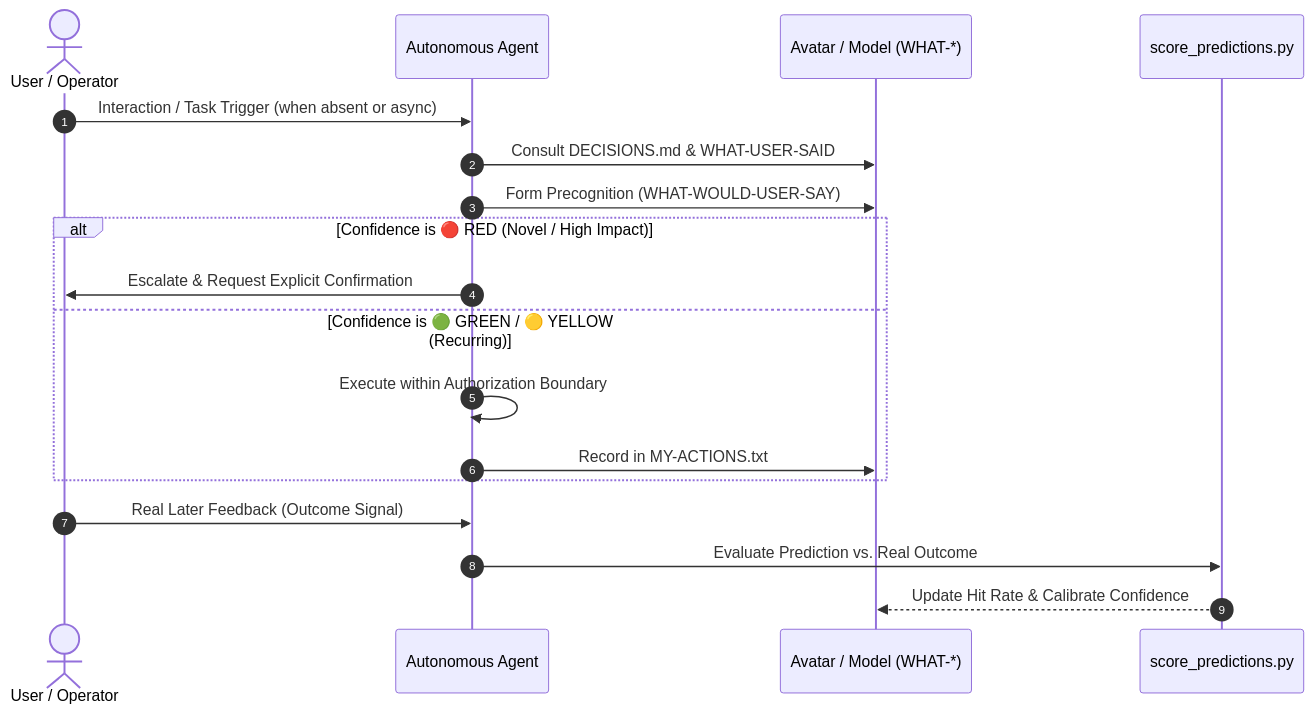
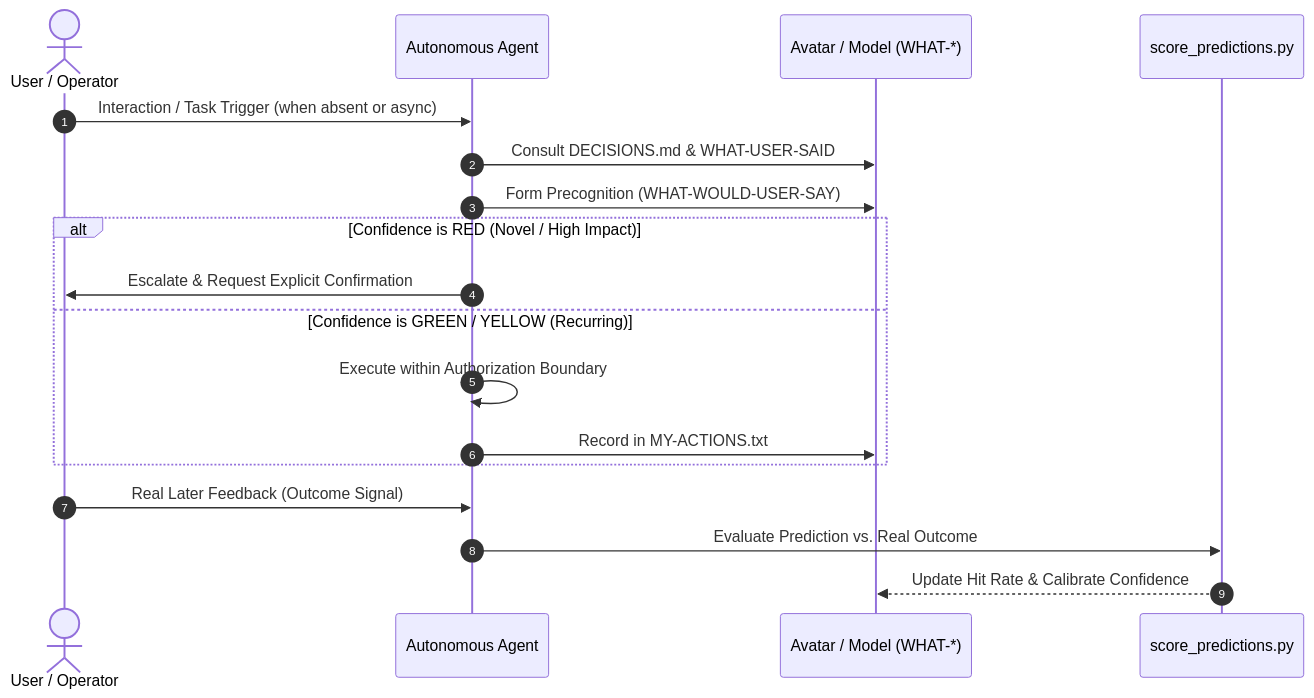
The second of 2 diagrams in README.md (ellmos-ai/build-your-users-mind), drawn with Mermaid before and after one commit. The commit also changed other lines of this file and 10 other files, not shown here.

````diff
--- a/README.md
+++ b/README.md
@@ -89,21 +213,21 @@
 ```mermaid
 sequenceDiagram
     autonumber
     actor User as User / Operator
     participant Agent as Autonomous Agent
     participant Memory as Avatar / Model (WHAT-*)
     participant Scorer as score_predictions.py
 
     User->>Agent: Interaction / Task Trigger (when absent or async)
     Agent->>Memory: Consult DECISIONS.md & WHAT-USER-SAID
     Agent->>Memory: Form Precognition (WHAT-WOULD-USER-SAY)
-    alt Confidence is 🔴 RED (Novel / High Impact)
+    alt Confidence is RED (Novel / High Impact)
         Agent->>User: Escalate & Request Explicit Confirmation
-    else Confidence is 🟢 GREEN / 🟡 YELLOW (Recurring)
+    else Confidence is GREEN / YELLOW (Recurring)
         Agent->>Agent: Execute within Authorization Boundary
         Agent->>Memory: Record in MY-ACTIONS.txt
     end
     User->>Agent: Real Later Feedback (Outcome Signal)
     Agent->>Scorer: Evaluate Prediction vs. Real Outcome
     Scorer-->>Memory: Update Hit Rate & Calibrate Confidence
 ```
````
